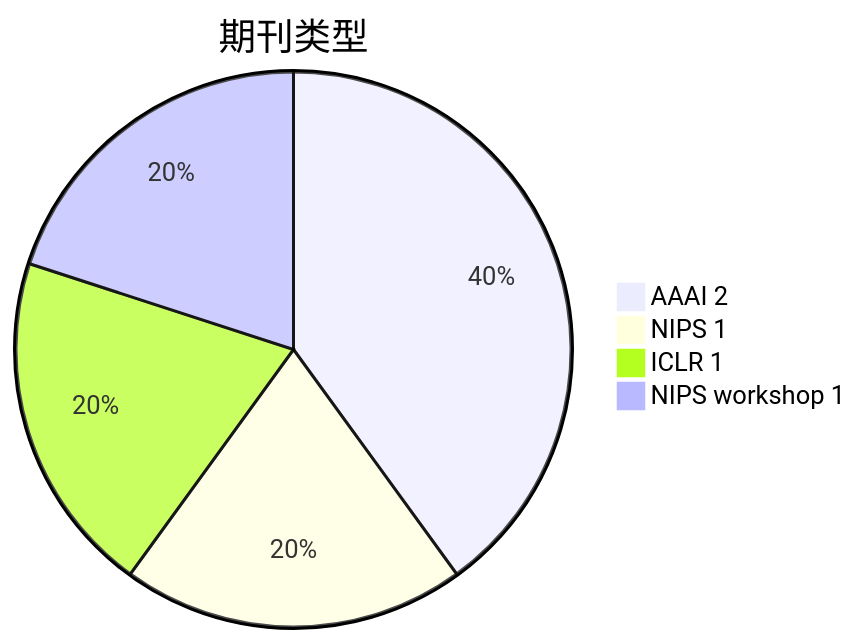
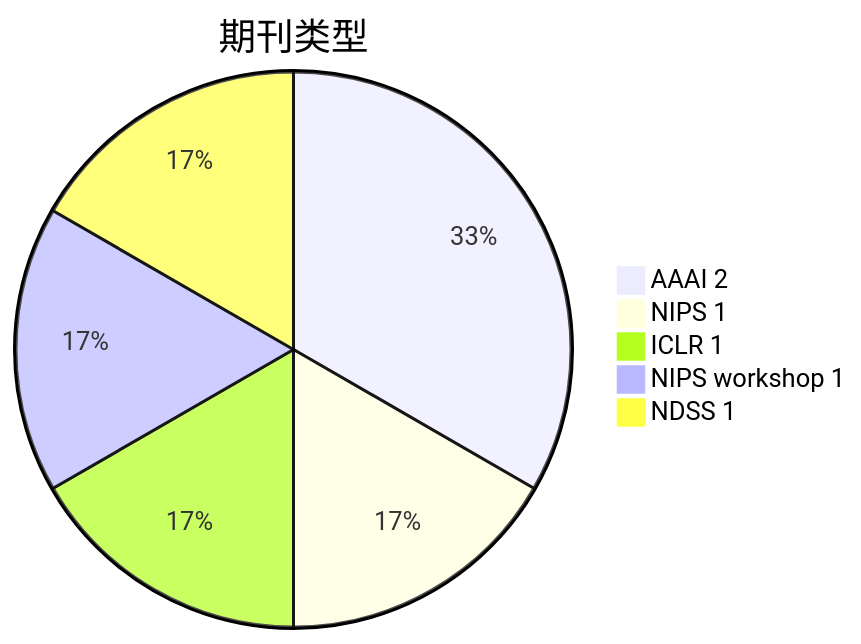
Before and after one commit to Elephant-King9/Paper: the second of 5 diagrams in Attack/Jailbreak/analyse.md, drawn with Mermaid. The commit also changed other lines of this file and 5 other files, not shown here.

````diff
--- a/Attack/Jailbreak/analyse.md
+++ b/Attack/Jailbreak/analyse.md
@@ -28,7 +29,8 @@
 ```mermaid
 pie title 期刊类型
     "AAAI 2" : 2
     "NIPS 1" : 1
     "ICLR 1" : 1
     "NIPS workshop 1" : 1
+    "NDSS 1" : 1
 ```
````
